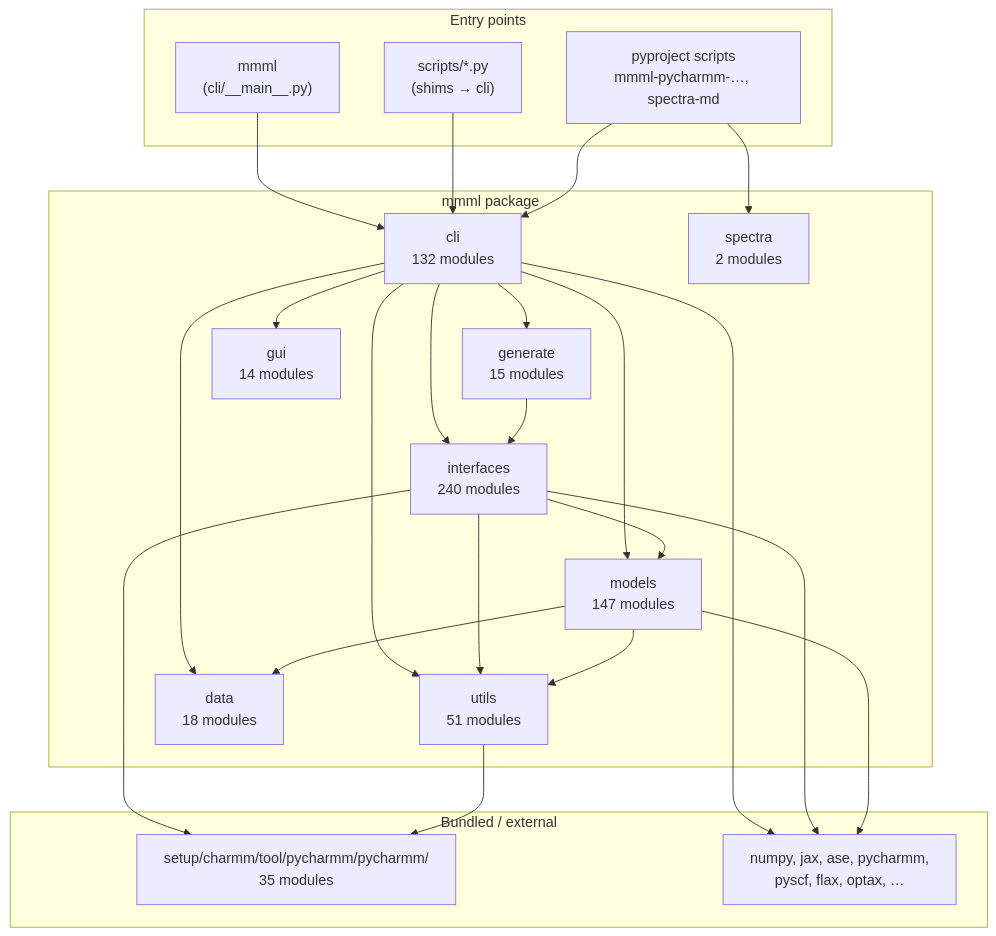
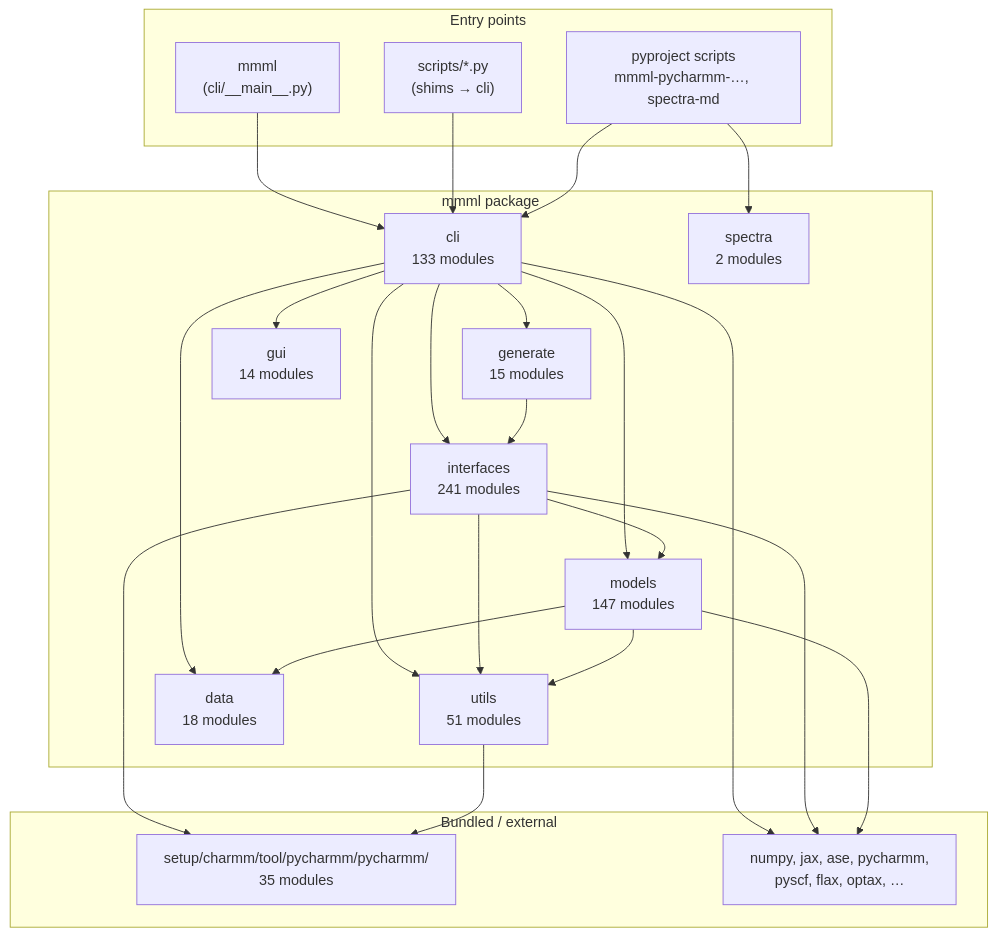
Before and after one commit to EricBoittier/mmml: the first of 8 diagrams in docs/package-architecture.md, drawn with Mermaid. The commit also changed other lines of this file and 13 other files, not shown here.

````diff
--- a/docs/package-architecture.md
+++ b/docs/package-architecture.md
@@ -13,48 +13,48 @@
 ```mermaid
 flowchart TB
   subgraph entry["Entry points"]
     MMML["mmml\n(cli/__main__.py)"]
     SCRIPTS["scripts/*.py\n(shims → cli)"]
     PKG["pyproject scripts\nmmml-pycharmm-…, spectra-md"]
   end
 
   subgraph mmml_pkg["mmml package"]
-    CLI["cli\n132 modules"]
-    IFACE["interfaces\n240 modules"]
+    CLI["cli\n133 modules"]
+    IFACE["interfaces\n241 modules"]
     MODELS["models\n147 modules"]
     UTILS["utils\n51 modules"]
     DATA["data\n18 modules"]
     GEN["generate\n15 modules"]
     GUI["gui\n14 modules"]
     SPEC["spectra\n2 modules"]
   end
 
   subgraph vendor["Bundled / external"]
     PYCH["setup/charmm/tool/pycharmm/pycharmm/\n35 modules"]
     EXT["numpy, jax, ase, pycharmm,\npyscf, flax, optax, …"]
   end
 
   MMML --> CLI
   SCRIPTS --> CLI
   PKG --> CLI
   PKG --> SPEC
 
   CLI --> IFACE
   CLI --> MODELS
   CLI --> DATA
   CLI --> UTILS
   CLI --> GEN
   CLI --> GUI
 
   IFACE --> MODELS
   IFACE --> UTILS
   IFACE --> PYCH
   MODELS --> UTILS
   MODELS --> DATA
   UTILS --> PYCH
   GEN --> IFACE
 
   CLI --> EXT
   IFACE --> EXT
   MODELS --> EXT
 ```
````
